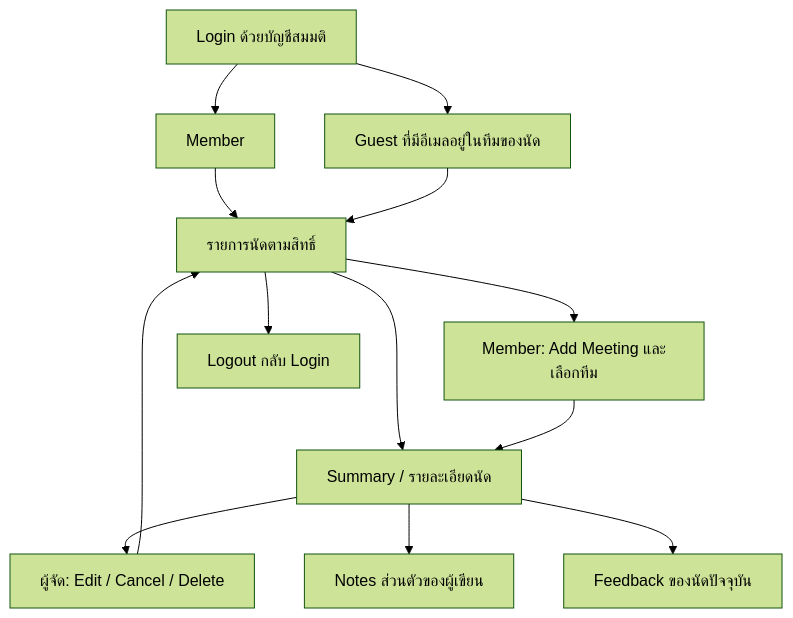
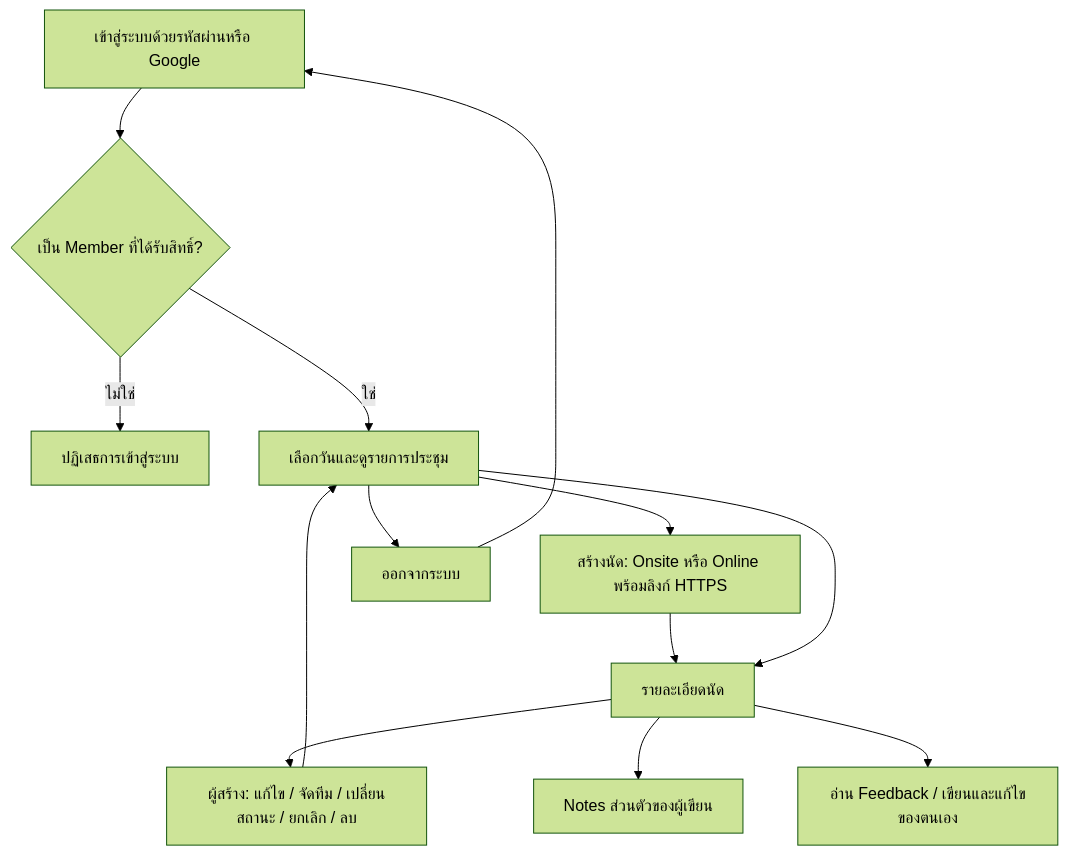
The first of 2 diagrams in README.md (apinyattp/eggdigital-assignment), drawn with Mermaid (forest theme) before and after one commit. The commit also changed other lines of this file, not shown here.

Commit message:
[edit][eggdigital-assignment] simplify README to flow schema and setup

````diff
--- a/README.md
+++ b/README.md
@@ -21,15 +5,15 @@
 ```mermaid
 flowchart TD
-  L[Login ด้วยบัญชีสมมติ] --> M[Member]
-  L --> G[Guest ที่มีอีเมลอยู่ในทีมของนัด]
-  M --> D[รายการนัดตามสิทธิ์]
-  G --> D
-  D --> S[Summary / รายละเอียดนัด]
-  D --> A[Member: Add Meeting และเลือกทีม]
-  A --> S
-  S --> E[ผู้จัด: Edit / Cancel / Delete]
-  E --> D
-  S --> N[Notes ส่วนตัวของผู้เขียน]
-  S --> F[Feedback ของนัดปัจจุบัน]
-  D --> O[Logout กลับ Login]
+  Login["เข้าสู่ระบบด้วยรหัสผ่านหรือ Google"] --> Member{"เป็น Member ที่ได้รับสิทธิ์?"}
+  Member -->|ไม่ใช่| Denied["ปฏิเสธการเข้าสู่ระบบ"]
+  Member -->|ใช่| Dashboard["เลือกวันและดูรายการประชุม"]
+  Dashboard --> Create["สร้างนัด: Onsite หรือ Online พร้อมลิงก์ HTTPS"]
+  Create --> Detail["รายละเอียดนัด"]
+  Dashboard --> Detail
+  Detail --> Manage["ผู้สร้าง: แก้ไข / จัดทีม / เปลี่ยนสถานะ / ยกเลิก / ลบ"]
+  Manage --> Dashboard
+  Detail --> Notes["Notes ส่วนตัวของผู้เขียน"]
+  Detail --> Feedback["อ่าน Feedback / เขียนและแก้ไขของตนเอง"]
+  Dashboard --> Logout["ออกจากระบบ"]
+  Logout --> Login
 ```
````
